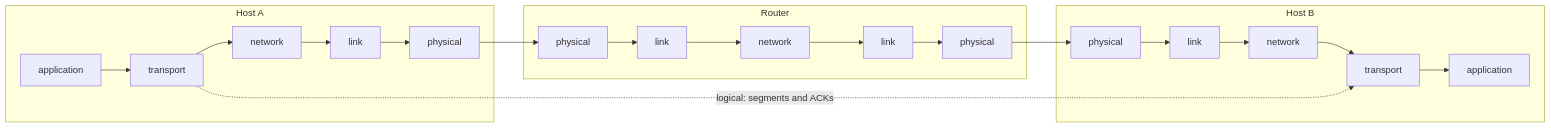
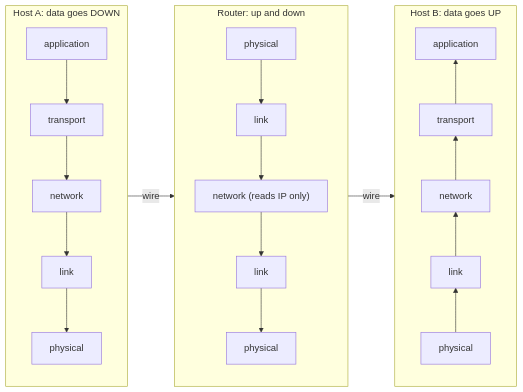
The second of 34 diagrams in EDA387-Computer-Networks/04-TCP.md (FahimMashroor/Chalmers_CSC), drawn with Mermaid before and after one commit. The commit also changed other lines of this file, not shown here.

Commit message:
Rewrite 04 TCP in simple language with examples and diagrams

````diff
--- a/EDA387-Computer-Networks/04-TCP.md
+++ b/EDA387-Computer-Networks/04-TCP.md
@@ -123,15 +162,17 @@
 ```mermaid
 flowchart LR
-  subgraph A["Host A"]
+  subgraph A["Host A: data goes DOWN"]
+    direction TB
     a5["application"] --> a4["transport"] --> a3["network"] --> a2["link"] --> a1["physical"]
   end
-  subgraph R["Router"]
-    r1["physical"] --> r2["link"] --> r3["network"] --> r2b["link"] --> r1b["physical"]
+  subgraph R["Router: up and down"]
+    direction TB
+    r1["physical"] --> r2["link"] --> r3["network (reads IP only)"] --> r4["link"] --> r5["physical"]
   end
-  subgraph B["Host B"]
+  subgraph B["Host B: data goes UP"]
+    direction BT
     b1["physical"] --> b2["link"] --> b3["network"] --> b4["transport"] --> b5["application"]
   end
-  a1 --> r1
-  r1b --> b1
-  a4 -.->|"logical: segments and ACKs"| b4
+  A -->|"wire"| R
+  R -->|"wire"| B
 ```
````
